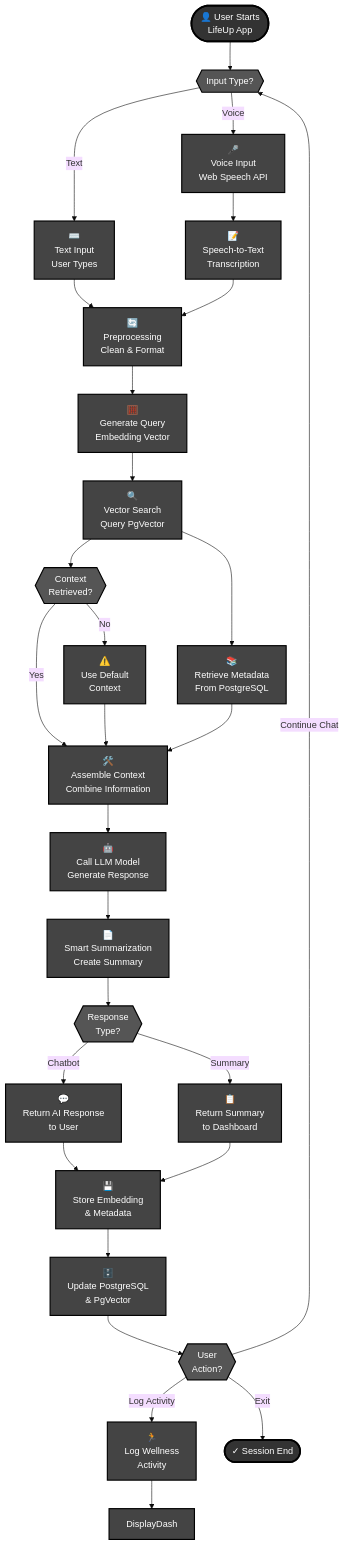
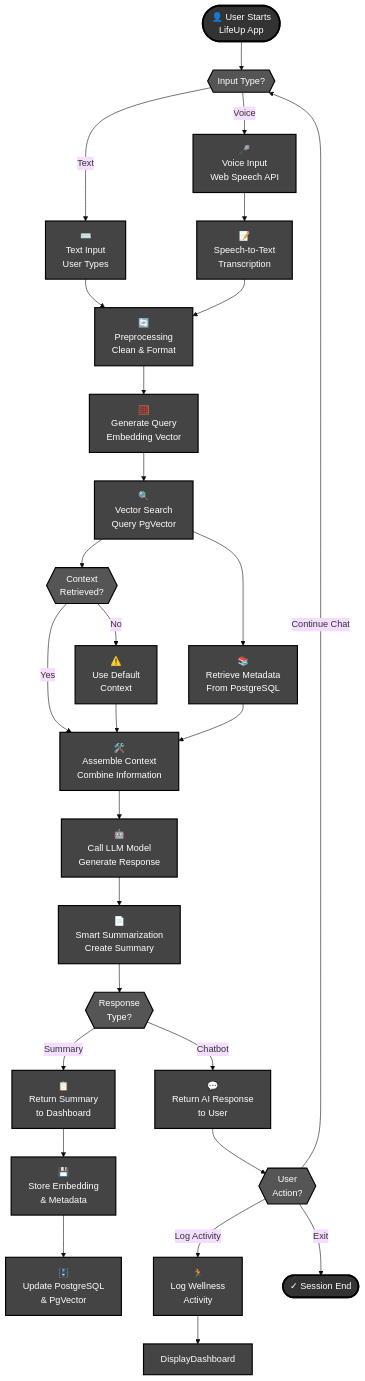
Before and after one commit to SpecKeshab/Hackathon: the diagram in LifeUp-Flowchart-Classic.md, drawn with Mermaid (base theme).

Commit message:
revised flowchart

````diff
--- a/LifeUp-Flowchart-Classic.md
+++ b/LifeUp-Flowchart-Classic.md
@@ -5,72 +5,72 @@
 ```mermaid
 graph TD
     Start(["👤 User Starts<br/>LifeUp App"]) --> InputChoice{{"Input Type?"}}
     
     InputChoice -->|Voice| VoiceInput["🎤<br/>Voice Input<br/>Web Speech API"]
     InputChoice -->|Text| TextInput["⌨️<br/>Text Input<br/>User Types"]
     
     VoiceInput --> STT["📝<br/>Speech-to-Text<br/>Transcription"]
     TextInput --> Preprocess["🔄<br/>Preprocessing<br/>Clean & Format"]
     STT --> Preprocess
     
     Preprocess --> QueryEmbed["🧮<br/>Generate Query<br/>Embedding Vector"]
     
     QueryEmbed --> VectorSearch["🔍<br/>Vector Search<br/>Query PgVector"]
     
     VectorSearch --> MetaRetrieval["📚<br/>Retrieve Metadata<br/>From PostgreSQL"]
     
     VectorSearch --> ContextCheck{{"Context<br/>Retrieved?"}}
     ContextCheck -->|Yes| Assembly["🛠️<br/>Assemble Context<br/>Combine Information"]
     ContextCheck -->|No| DefaultContext["⚠️<br/>Use Default<br/>Context"]
     DefaultContext --> Assembly
     
     MetaRetrieval --> Assembly
     
     Assembly --> LLMCall["🤖<br/>Call LLM Model<br/>Generate Response"]
     
     LLMCall --> Summarize["📄<br/>Smart Summarization<br/>Create Summary"]
     
     Summarize --> Response{{"Response<br/>Type?"}}
     
     Response -->|Chatbot| ChatReturn["💬<br/>Return AI Response<br/>to User"]
     Response -->|Summary| SummaryReturn["📋<br/>Return Summary<br/>to Dashboard"]
     
-    ChatReturn --> StoreData["💾<br/>Store Embedding<br/>& Metadata"]
-    SummaryReturn --> StoreData
+    SummaryReturn --> StoreData["💾<br/>Store Embedding<br/>& Metadata"]
     
     StoreData --> UpdateDB["🗄️<br/>Update PostgreSQL<br/>& PgVector"]
     
+    ChatReturn --> UserChoice{{"User<br/>Action?"}}
     
-    UpdateDB --> UserChoice{{"User<br/>Action?"}}
+    UpdateDB
     
     UserChoice -->|Continue Chat| InputChoice
     UserChoice -->|Log Activity| LogActivity["🏃<br/>Log Wellness<br/>Activity"]
     UserChoice -->|Exit| End(["✓ Session End"])
     
-    LogActivity --> DisplayDash
+    LogActivity --> DisplayDashboard
     
     style Start fill:#333,stroke:#000,stroke-width:3px,color:#fff
     style End fill:#333,stroke:#000,stroke-width:3px,color:#fff
     style InputChoice fill:#555,stroke:#000,stroke-width:2px,color:#fff
     style ContextCheck fill:#555,stroke:#000,stroke-width:2px,color:#fff
     style Response fill:#555,stroke:#000,stroke-width:2px,color:#fff
     style UserChoice fill:#555,stroke:#000,stroke-width:2px,color:#fff
     
     style VoiceInput fill:#444,stroke:#000,stroke-width:2px,color:#fff
     style TextInput fill:#444,stroke:#000,stroke-width:2px,color:#fff
     style STT fill:#444,stroke:#000,stroke-width:2px,color:#fff
     style Preprocess fill:#444,stroke:#000,stroke-width:2px,color:#fff
     style QueryEmbed fill:#444,stroke:#000,stroke-width:2px,color:#fff
     style VectorSearch fill:#444,stroke:#000,stroke-width:2px,color:#fff
     style MetaRetrieval fill:#444,stroke:#000,stroke-width:2px,color:#fff
     style Assembly fill:#444,stroke:#000,stroke-width:2px,color:#fff
     style DefaultContext fill:#444,stroke:#000,stroke-width:2px,color:#fff
     style LLMCall fill:#444,stroke:#000,stroke-width:2px,color:#fff
     style Summarize fill:#444,stroke:#000,stroke-width:2px,color:#fff
     style ChatReturn fill:#444,stroke:#000,stroke-width:2px,color:#fff
     style SummaryReturn fill:#444,stroke:#000,stroke-width:2px,color:#fff
     style StoreData fill:#444,stroke:#000,stroke-width:2px,color:#fff
     style UpdateDB fill:#444,stroke:#000,stroke-width:2px,color:#fff
-    style DisplayDash fill:#444,stroke:#000,stroke-width:2px,color:#fff
+    style DisplayDashboard fill:#444,stroke:#000,stroke-width:2px,color:#fff
     style LogActivity fill:#444,stroke:#000,stroke-width:2px,color:#fff
 ```
````
